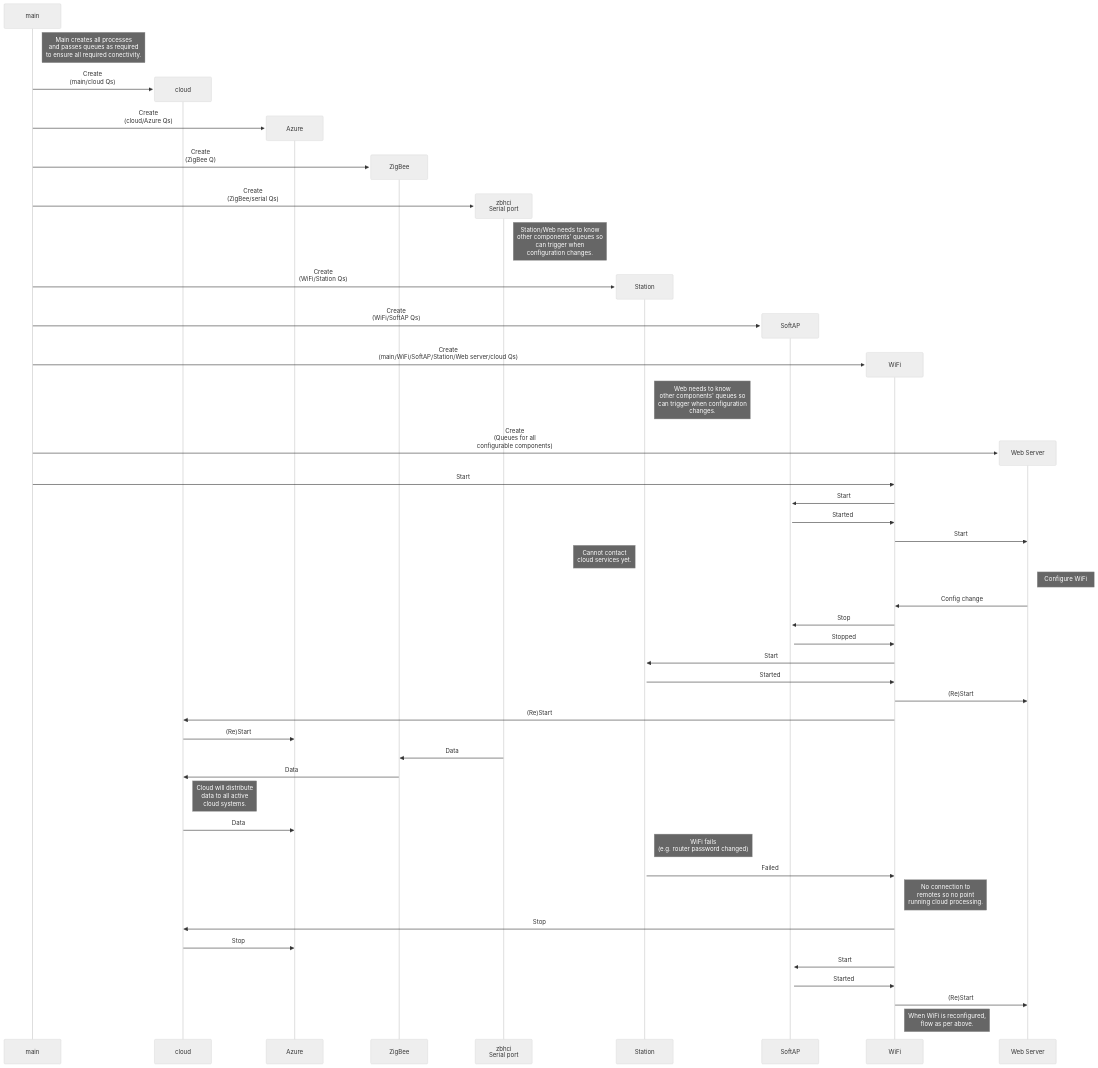
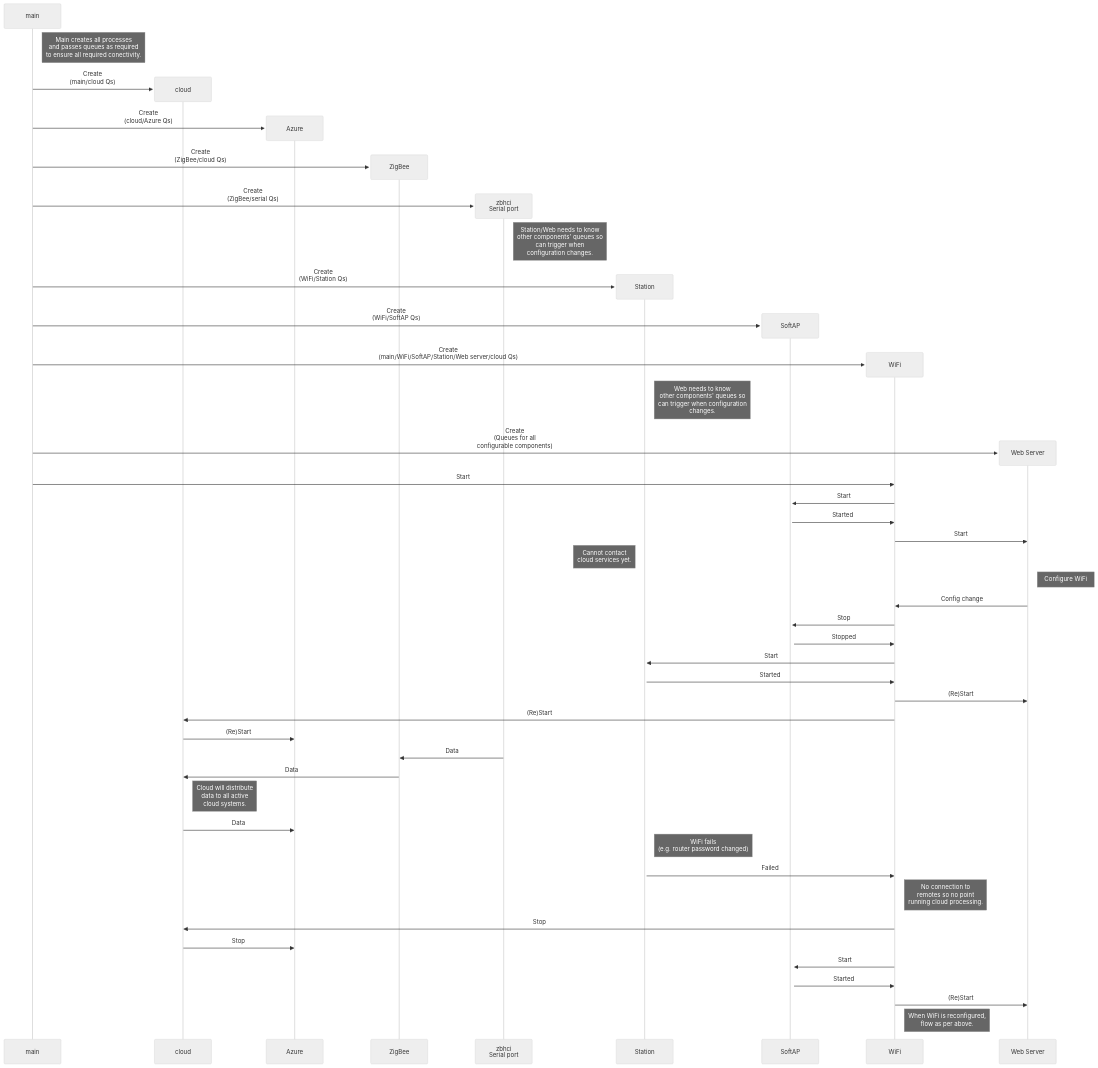
The diagram in docs/components.md (papadeltasierra/cloudsmets), drawn with Mermaid (neutral theme) before and after one commit.

Commit message:
More docs tweaks

````diff
--- a/docs/components.md
+++ b/docs/components.md
@@ -2,76 +2,76 @@
 ```mermaid
 
 sequenceDiagram;
 
     participant m as main;
 
     Note right of m: Main creates all processes<br/>and passes queues as required<br/>to ensure all required conectivity.
 
     create participant cl as cloud;
     m->>cl: Create<br/>(main/cloud Qs);
 
     create participant az as Azure;
     m->>az: Create<br/>(cloud/Azure Qs);
 
     create participant zb as ZigBee;
-    m->>zb: Create<br/>(ZigBee Q);
+    m->>zb: Create<br/>(ZigBee/cloud Qs);
 
     create participant zh as zbhci<br/>Serial port;
     m->>zh: Create<br/>(ZigBee/serial Qs);
 
     Note right of zh: Station/Web needs to know<br/>other components' queues so <br/>can trigger when<br/>configuration changes.;
 
     create participant st as Station;
     m->>st: Create<br/>(WiFi/Station Qs);
 
     create participant sa as SoftAP;
     m->>sa: Create<br/>(WiFi/SoftAP Qs);
 
     create participant wf as WiFi;
     m->>wf: Create<br/>(main/WiFi/SoftAP/Station/Web server/cloud Qs);
 
     Note right of st: Web needs to know<br/>other components' queues so<br/>can trigger when configuration<br/>changes.;
 
     create participant wb as Web Server;
     m->>wb: Create<br/>(Queues for all<br/>configurable components);
 
     m->>wf: Start;
     wf->>+sa: Start;
     sa->>wf: Started;
     wf->>wb: Start;
 
     Note left of st: Cannot contact<br/>cloud services yet.;
 
     Note right of wb: Configure WiFi;
 
     wb->>wf: Config change;
 
     wf->>+sa: Stop;
     sa->>wf: Stopped;
     wf->>+st: Start;
     st->>wf: Started;
 
     wf->>wb: (Re)Start;
     wf->>cl: (Re)Start;
     cl->>az: (Re)Start;
 
     zh->>zb: Data;
     zb->>cl: Data;
 
     Note right of cl: Cloud will distribute<br/>data to all active<br/>cloud systems.;
 
     cl->>az: Data;
 
     Note right of st: WiFi fails<br/>(e.g. router password changed);
 
     st->>wf: Failed;
 
     Note right of wf: No connection to<br/>remotes so no point<br/>running cloud processing.
     wf->>cl: Stop
     cl->>az: Stop
     wf->>sa: Start;
     sa->>wf: Started;
     wf->>wb: (Re)Start;
 
     Note right of wf: When WiFi is reconfigured,<br/>flow as per above.
 ```
````
